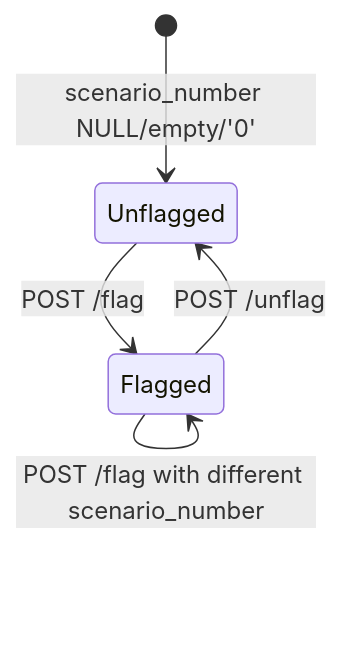
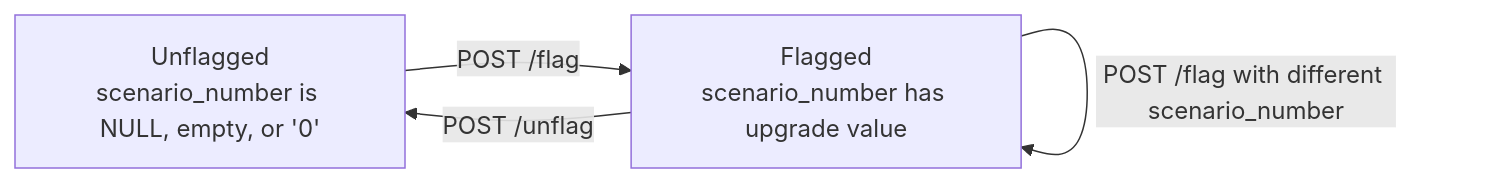
One commit to ElvisToska/Mellon_Group_Python_Assessment changed diagram 36 of 40 in DOCUMENTATION.md. Above: the diagram before and after it, drawn with Mermaid. The commit also changed other lines of this file and 8 other files, not shown here.

````diff
--- a/DOCUMENTATION.md
+++ b/DOCUMENTATION.md
@@ -870,7 +837,8 @@
 ```mermaid
-stateDiagram-v2
-    [*] --> Unflagged: scenario_number NULL/empty/'0'
-    Unflagged --> Flagged: POST /flag
-    Flagged --> Flagged: POST /flag with different scenario_number
-    Flagged --> Unflagged: POST /unflag
+flowchart LR
+    Unflagged["Unflagged<br/>scenario_number is NULL, empty, or '0'"]
+    Flagged["Flagged<br/>scenario_number has upgrade value"]
+    Unflagged -->|"POST /flag"| Flagged
+    Flagged -->|"POST /flag with different scenario_number"| Flagged
+    Flagged -->|"POST /unflag"| Unflagged
 ```
````
